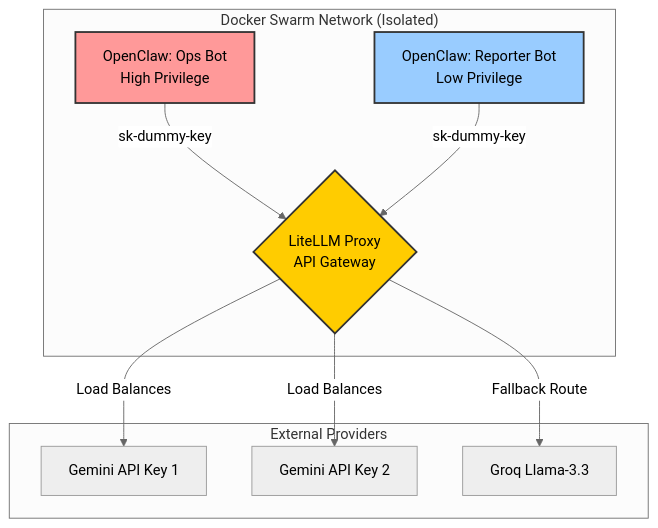
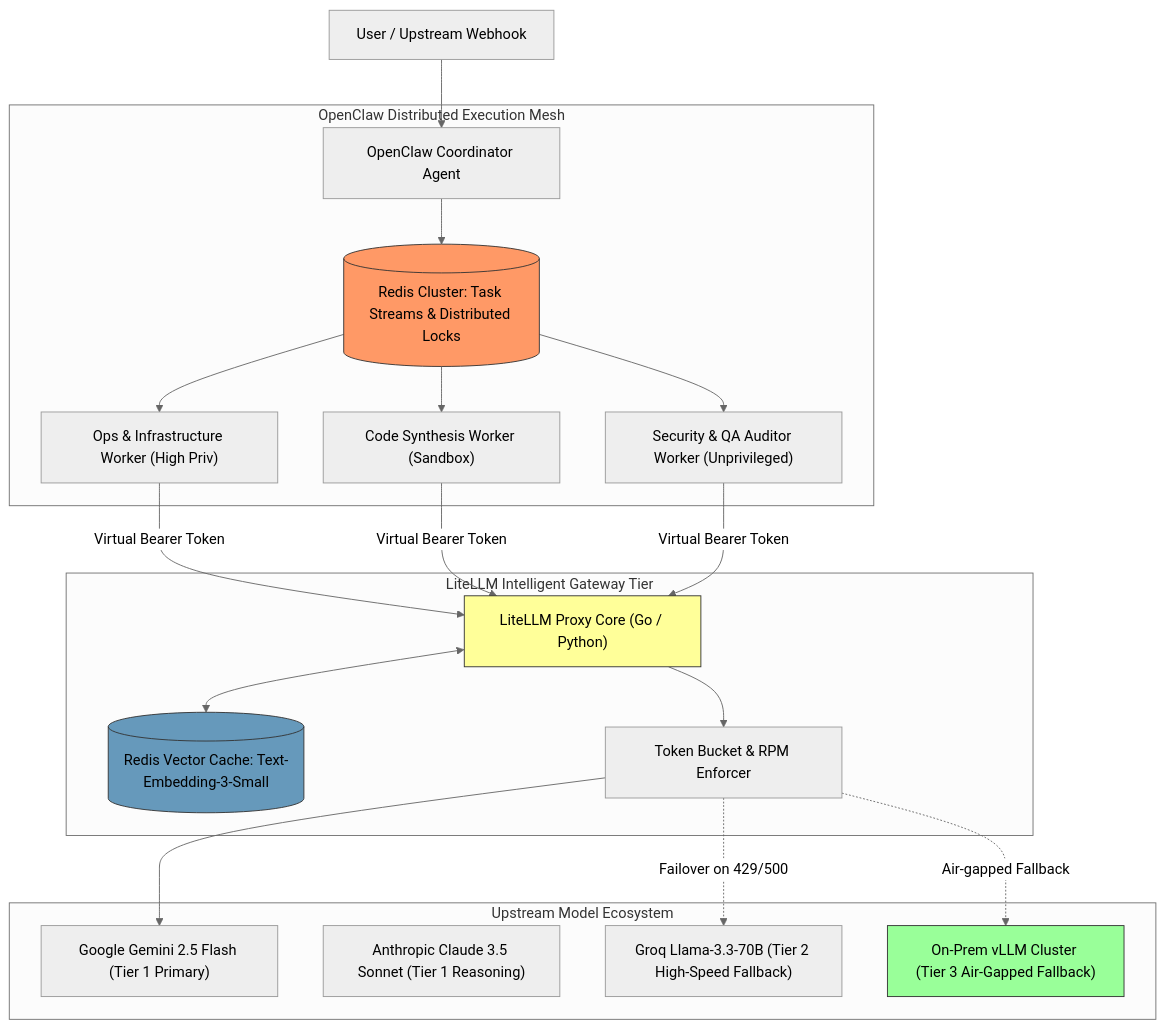
The first of 3 diagrams in content/posts/deploying-autonomous-ai-swarm-openclaw-litellm.md (vesviet/vesviet), drawn with Mermaid (neutral theme) before and after one commit. The commit also changed other lines of this file and 9 other files, not shown here.

Commit message:
docs(content): upgrade 10 architecture and systems engineering posts to masterclass guides

````diff
--- a/content/posts/deploying-autonomous-ai-swarm-openclaw-litellm.md
+++ b/content/posts/deploying-autonomous-ai-swarm-openclaw-litellm.md
@@ -52,30 +46,36 @@
 ```mermaid
-graph TD
-    subgraph "Docker Swarm Network (Isolated)"
-        OPS["OpenClaw: Ops Bot<br/>High Privilege"]
-        REP["OpenClaw: Reporter Bot<br/>Low Privilege"]
-        
-        GATEWAY{"LiteLLM Proxy<br/>API Gateway"}
-        
-        OPS -- "sk-dummy-key" --> GATEWAY
-        REP -- "sk-dummy-key" --> GATEWAY
+flowchart TD
+    UserReq["User / Upstream Webhook"] --> Coord["OpenClaw Coordinator Agent"]
+    
+    subgraph Swarm_Orchestration ["OpenClaw Distributed Execution Mesh"]
+        Coord --> TaskQueue[("Redis Cluster: Task Streams & Distributed Locks")]
+        TaskQueue --> WorkerOps["Ops & Infrastructure Worker (High Priv)"]
+        TaskQueue --> WorkerCode["Code Synthesis Worker (Sandbox)"]
+        TaskQueue --> WorkerAudit["Security & QA Auditor Worker (Unprivileged)"]
     end
 
-    subgraph "External Providers"
-        GEM1["Gemini API Key 1"]
-        GEM2["Gemini API Key 2"]
-        GROQ["Groq Llama-3.3"]
+    subgraph Gateway_Tier ["LiteLLM Intelligent Gateway Tier"]
+        Proxy["LiteLLM Proxy Core (Go / Python)"]
+        SemanticCache[("Redis Vector Cache: Text-Embedding-3-Small")]
+        RateLimiter["Token Bucket & RPM Enforcer"]
     end
-    
-    GATEWAY -- "Load Balances" --> GEM1
-    GATEWAY -- "Load Balances" --> GEM2
-    GATEWAY -- "Fallback Route" --> GROQ
 
-    classDef highPriv fill:#ff9999,stroke:#333,stroke-width:2px;
-    classDef lowPriv fill:#99ccff,stroke:#333,stroke-width:2px;
-    classDef gateway fill:#ffcc00,stroke:#333,stroke-width:2px;
-    
-    class OPS highPriv;
-    class REP lowPriv;
-    class GATEWAY gateway;
+    subgraph External_Providers ["Upstream Model Ecosystem"]
+        Gemini["Google Gemini 2.5 Flash (Tier 1 Primary)"]
+        Anthropic["Anthropic Claude 3.5 Sonnet (Tier 1 Reasoning)"]
+        Groq["Groq Llama-3.3-70B (Tier 2 High-Speed Fallback)"]
+        LocalvLLM["On-Prem vLLM Cluster (Tier 3 Air-Gapped Fallback)"]
+    end
+
+    WorkerOps & WorkerCode & WorkerAudit -->|Virtual Bearer Token| Proxy
+    Proxy <--> SemanticCache
+    Proxy --> RateLimiter
+    RateLimiter --> Gemini
+    RateLimiter -.->|Failover on 429/500| Groq
+    RateLimiter -.->|Air-gapped Fallback| LocalvLLM
+
+    style Proxy fill:#ff9,stroke:#333
+    style TaskQueue fill:#f96,stroke:#333
+    style SemanticCache fill:#69b,stroke:#333
+    style LocalvLLM fill:#9f9,stroke:#333
 ```
````
